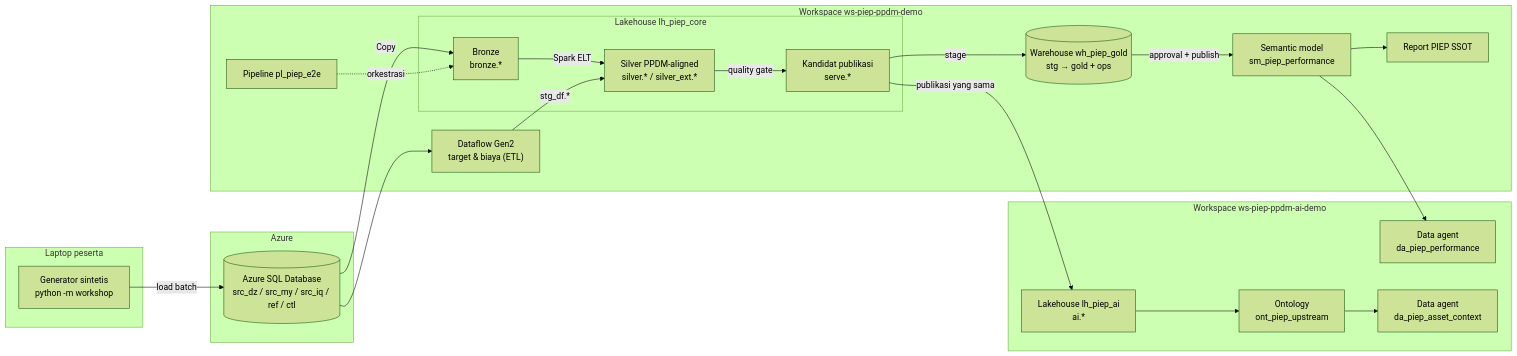
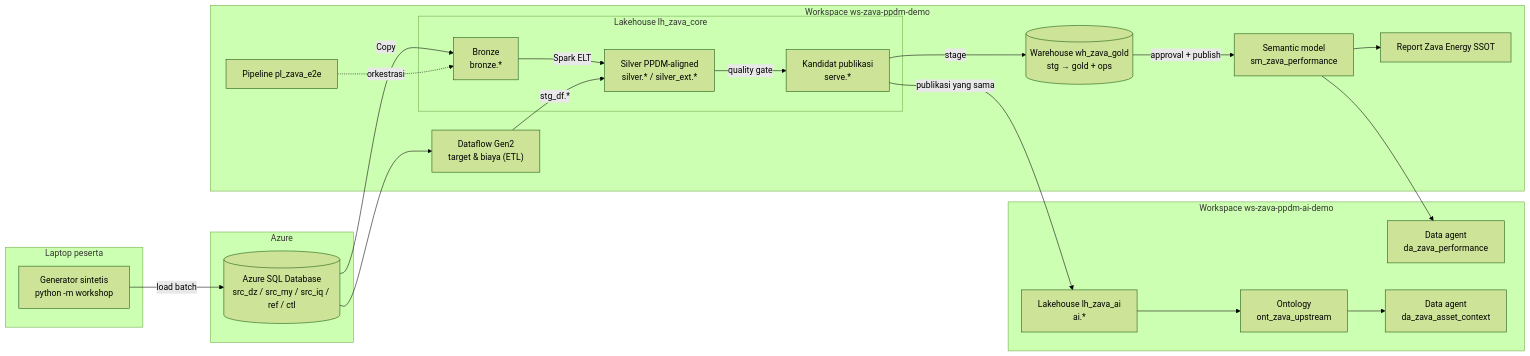
The first of 2 diagrams in demo tutorial/README.md (edhotp/Microsoft-Fabric-with-PPDM-Demo), drawn with Mermaid (forest theme) before and after one commit. The commit also changed other lines of this file and 67 other files, not shown here.

First line of the commit message:
Rebrand demo from PIEP to Zava Energy

````diff
--- a/demo tutorial/README.md
+++ b/demo tutorial/README.md
@@ -12,41 +12,41 @@
 ```mermaid
 flowchart LR
     subgraph Local["Laptop peserta"]
         GEN["Generator sintetis<br/>python -m workshop"]
     end
     subgraph Azure["Azure"]
         SQL[("Azure SQL Database<br/>src_dz / src_my / src_iq / ref / ctl")]
     end
-    subgraph Core["Workspace ws-piep-ppdm-demo"]
-        PL["Pipeline pl_piep_e2e"]
-        subgraph LH["Lakehouse lh_piep_core"]
+    subgraph Core["Workspace ws-zava-ppdm-demo"]
+        PL["Pipeline pl_zava_e2e"]
+        subgraph LH["Lakehouse lh_zava_core"]
             BR["Bronze<br/>bronze.*"]
             SV["Silver PPDM-aligned<br/>silver.* / silver_ext.*"]
             SE["Kandidat publikasi<br/>serve.*"]
         end
         DF["Dataflow Gen2<br/>target & biaya (ETL)"]
-        WH[("Warehouse wh_piep_gold<br/>stg → gold + ops")]
-        SM["Semantic model<br/>sm_piep_performance"]
-        RPT["Report PIEP SSOT"]
+        WH[("Warehouse wh_zava_gold<br/>stg → gold + ops")]
+        SM["Semantic model<br/>sm_zava_performance"]
+        RPT["Report Zava Energy SSOT"]
     end
-    subgraph AI["Workspace ws-piep-ppdm-ai-demo"]
-        LHAI["Lakehouse lh_piep_ai<br/>ai.*"]
-        ONT["Ontology<br/>ont_piep_upstream"]
-        DA1["Data agent<br/>da_piep_performance"]
-        DA2["Data agent<br/>da_piep_asset_context"]
+    subgraph AI["Workspace ws-zava-ppdm-ai-demo"]
+        LHAI["Lakehouse lh_zava_ai<br/>ai.*"]
+        ONT["Ontology<br/>ont_zava_upstream"]
+        DA1["Data agent<br/>da_zava_performance"]
+        DA2["Data agent<br/>da_zava_asset_context"]
     end
     GEN -->|load batch| SQL
     SQL -->|Copy| BR
     SQL --> DF
     BR -->|Spark ELT| SV
     DF -->|stg_df.*| SV
     SV -->|quality gate| SE
     SE -->|stage| WH
     WH -->|approval + publish| SM
     SM --> RPT
     SM --> DA1
     SE -->|publikasi yang sama| LHAI
     LHAI --> ONT
     ONT --> DA2
     PL -.orkestrasi.-> BR
 ```
````
